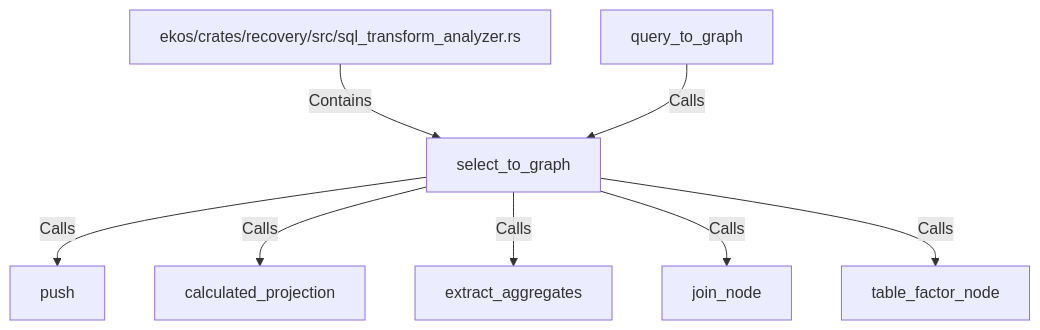
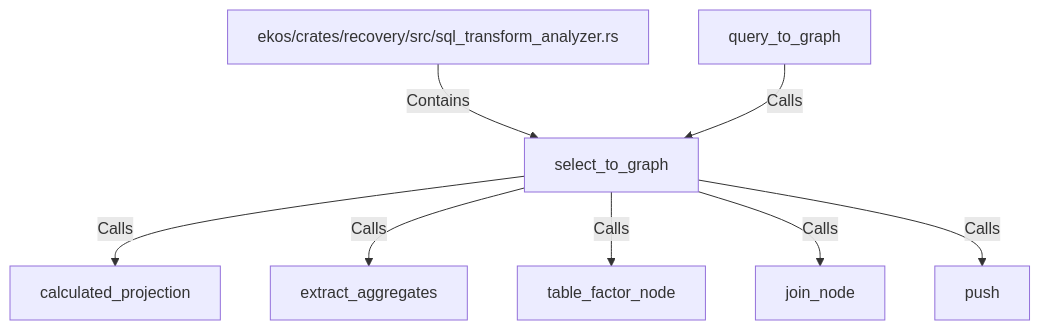
The diagram in doc/entities/rustsymbol/se/select-to-graph.md (alexeyban/EKOS), drawn with Mermaid before and after one commit. The commit also changed other lines of this file and 552 other files, not shown here.

````diff
--- a/doc/entities/rustsymbol/se/select-to-graph.md
+++ b/doc/entities/rustsymbol/se/select-to-graph.md
@@ -26,18 +26,18 @@
 ```mermaid
 graph TD
     ncb80b4b39be95aae828ef0d4f3ec4336["select_to_graph"]
     n987e3fbb31ec576db7947e801336e8c8["ekos/crates/recovery/src/sql_transform_analyzer.rs"]
     n987e3fbb31ec576db7947e801336e8c8 -->|Contains| ncb80b4b39be95aae828ef0d4f3ec4336
     nf816648ea2ad50bdbd73494fdbbbad49["query_to_graph"]
     nf816648ea2ad50bdbd73494fdbbbad49 -->|Calls| ncb80b4b39be95aae828ef0d4f3ec4336
-    ncc223cbc9afd50869f888c6d484895d1["push"]
-    ncb80b4b39be95aae828ef0d4f3ec4336 -->|Calls| ncc223cbc9afd50869f888c6d484895d1
     n6b551d77f70b58678c24e9593a282f1d["calculated_projection"]
     ncb80b4b39be95aae828ef0d4f3ec4336 -->|Calls| n6b551d77f70b58678c24e9593a282f1d
     n4f3d3e2a8b6d57b9a2f26c57d683e86f["extract_aggregates"]
     ncb80b4b39be95aae828ef0d4f3ec4336 -->|Calls| n4f3d3e2a8b6d57b9a2f26c57d683e86f
+    ne24f2073e41e5300bc61d0729092e131["table_factor_node"]
+    ncb80b4b39be95aae828ef0d4f3ec4336 -->|Calls| ne24f2073e41e5300bc61d0729092e131
     n7eaa67f65bf654009b69a65cf91f7e66["join_node"]
     ncb80b4b39be95aae828ef0d4f3ec4336 -->|Calls| n7eaa67f65bf654009b69a65cf91f7e66
-    ne24f2073e41e5300bc61d0729092e131["table_factor_node"]
-    ncb80b4b39be95aae828ef0d4f3ec4336 -->|Calls| ne24f2073e41e5300bc61d0729092e131
+    ncc223cbc9afd50869f888c6d484895d1["push"]
+    ncb80b4b39be95aae828ef0d4f3ec4336 -->|Calls| ncc223cbc9afd50869f888c6d484895d1
 ```
````
